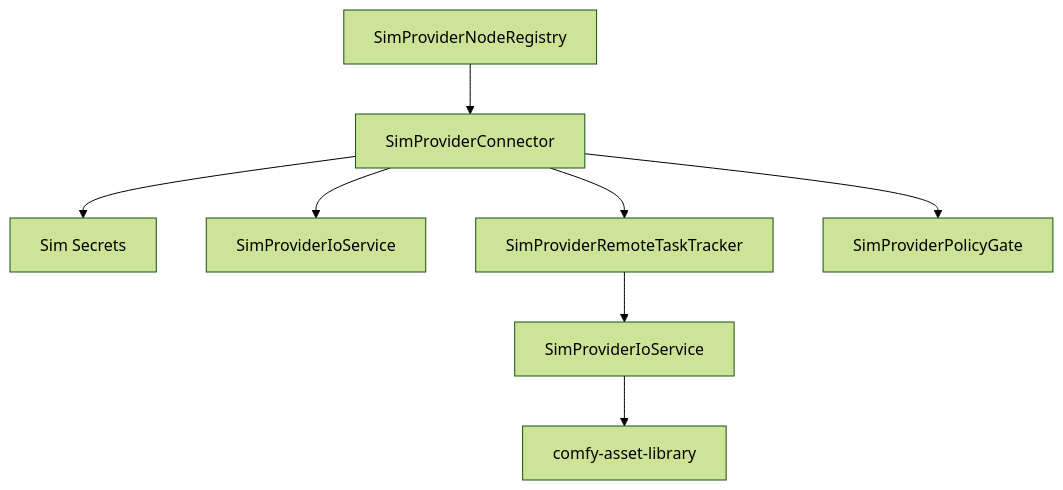
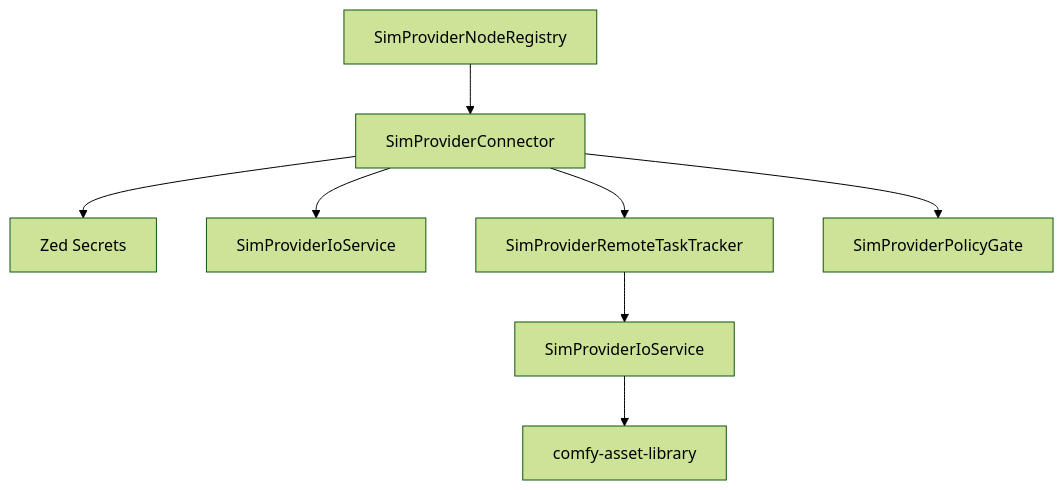
Before and after one commit to imagineerings/xor: the diagram in .agents/specs/godot-migration/comfy-api-provider-nodes/design.md, drawn with Mermaid (forest theme). The commit also changed other lines of this file and 2547 other files, not shown here.

````diff
--- a/.agents/specs/godot-migration/comfy-api-provider-nodes/design.md
+++ b/.agents/specs/godot-migration/comfy-api-provider-nodes/design.md
@@ -9,10 +9,10 @@
 ```mermaid
 flowchart TD
     Registry[SimProviderNodeRegistry] --> Connector[SimProviderConnector]
-    Connector --> Secrets[Sim Secrets]
+    Connector --> Secrets[Zed Secrets]
     Connector --> Upload[SimProviderIoService]
     Connector --> Remote[SimProviderRemoteTaskTracker]
     Remote --> Download[SimProviderIoService]
     Download --> Assets[comfy-asset-library]
     Connector --> Policy[SimProviderPolicyGate]
 ```
````
